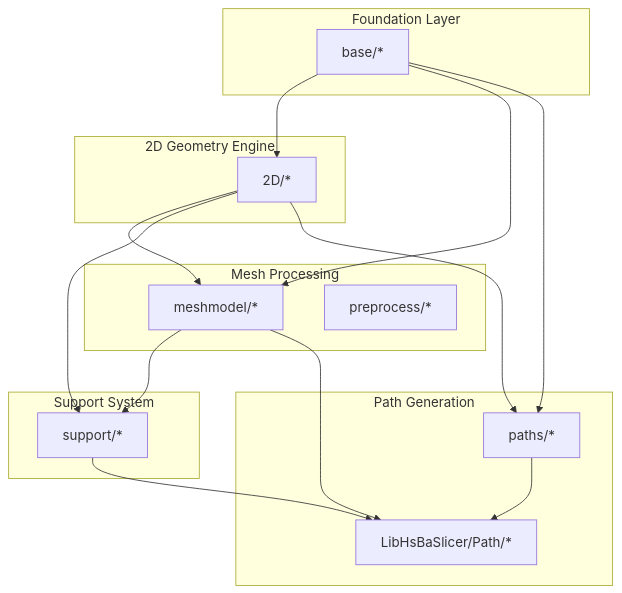
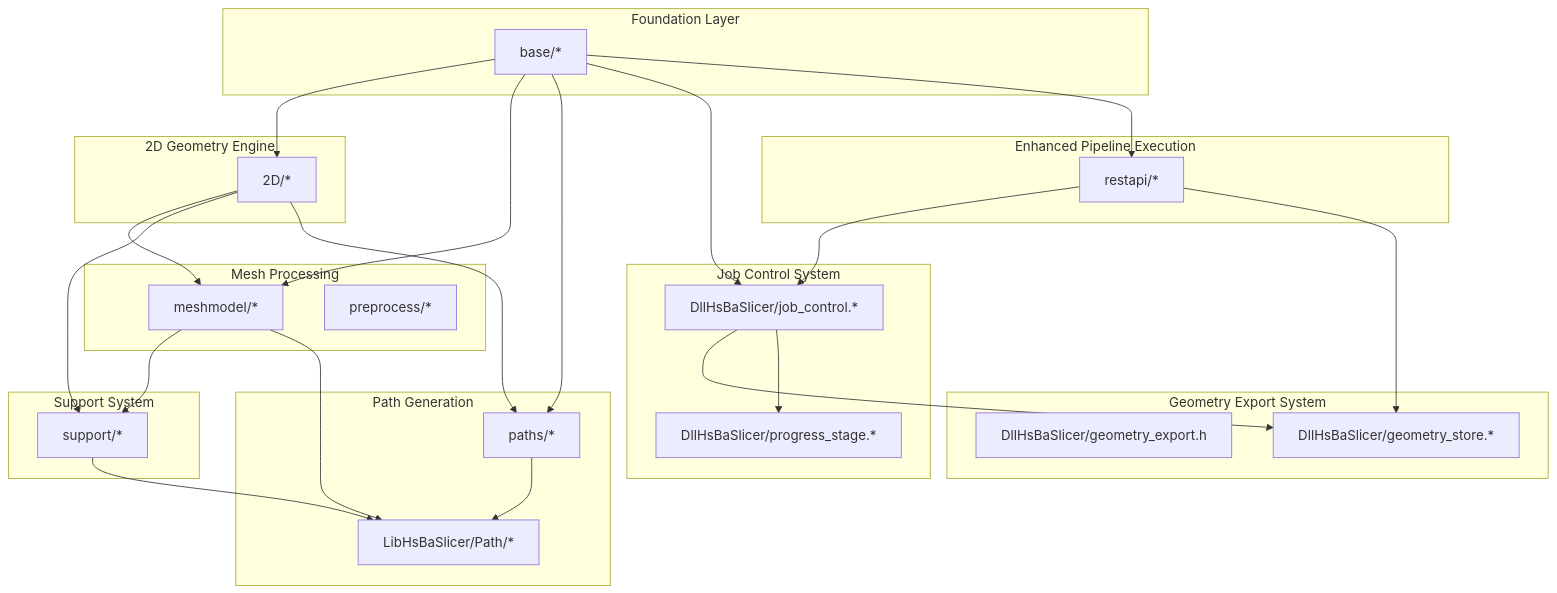
Before and after one commit to hsmbanlance/HsBaSlicer: the first of 12 diagrams in .qoder/repowiki/en/content/Core Modules/Core Modules.md, drawn with Mermaid. The commit also changed other lines of this file and 101 other files, not shown here.

````diff
--- a/.qoder/repowiki/en/content/Core Modules/Core Modules.md
+++ b/.qoder/repowiki/en/content/Core Modules/Core Modules.md
@@ -46,30 +71,47 @@
 ```mermaid
 graph TB
 subgraph "Foundation Layer"
 Base["base/*"]
 end
 subgraph "2D Geometry Engine"
 D2["2D/*"]
 end
 subgraph "Mesh Processing"
 Mesh["meshmodel/*"]
 Pre["preprocess/*"]
 end
 subgraph "Support System"
 Sup["support/*"]
 end
 subgraph "Path Generation"
 Paths["paths/*"]
 LPath["LibHsBaSlicer/Path/*"]
 end
+subgraph "Job Control System"
+JobCtrl["DllHsBaSlicer/job_control.*"]
+Progress["DllHsBaSlicer/progress_stage.*"]
+end
+subgraph "Geometry Export System"
+GeoExport["DllHsBaSlicer/geometry_export.h"]
+GeoStore["DllHsBaSlicer/geometry_store.*"]
+end
+subgraph "Enhanced Pipeline Execution"
+RestApi["restapi/*"]
+end
 Base --> D2
 Base --> Mesh
 Base --> Paths
+Base --> JobCtrl
+Base --> RestApi
 D2 --> Mesh
 D2 --> Sup
 D2 --> Paths
 Mesh --> Sup
 Mesh --> LPath
 Sup --> LPath
 Paths --> LPath
+JobCtrl --> GeoStore
+JobCtrl --> Progress
+RestApi --> JobCtrl
+RestApi --> GeoStore
 ```
````
